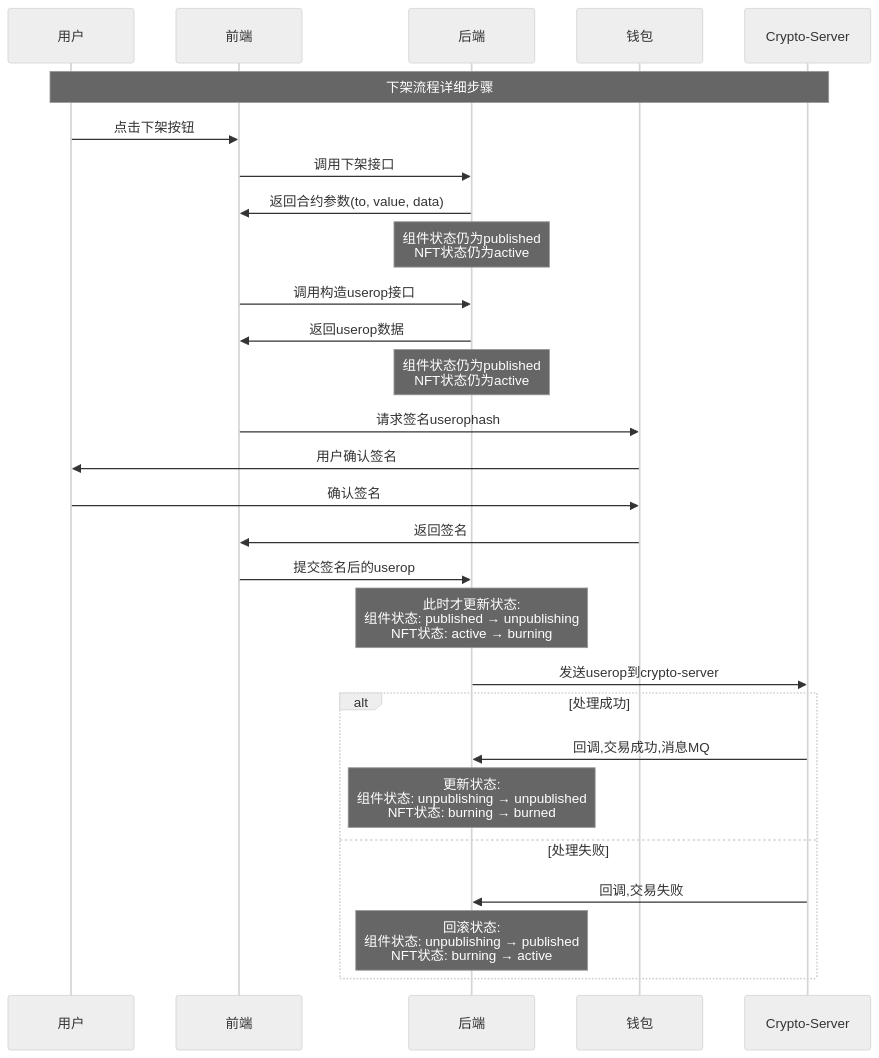
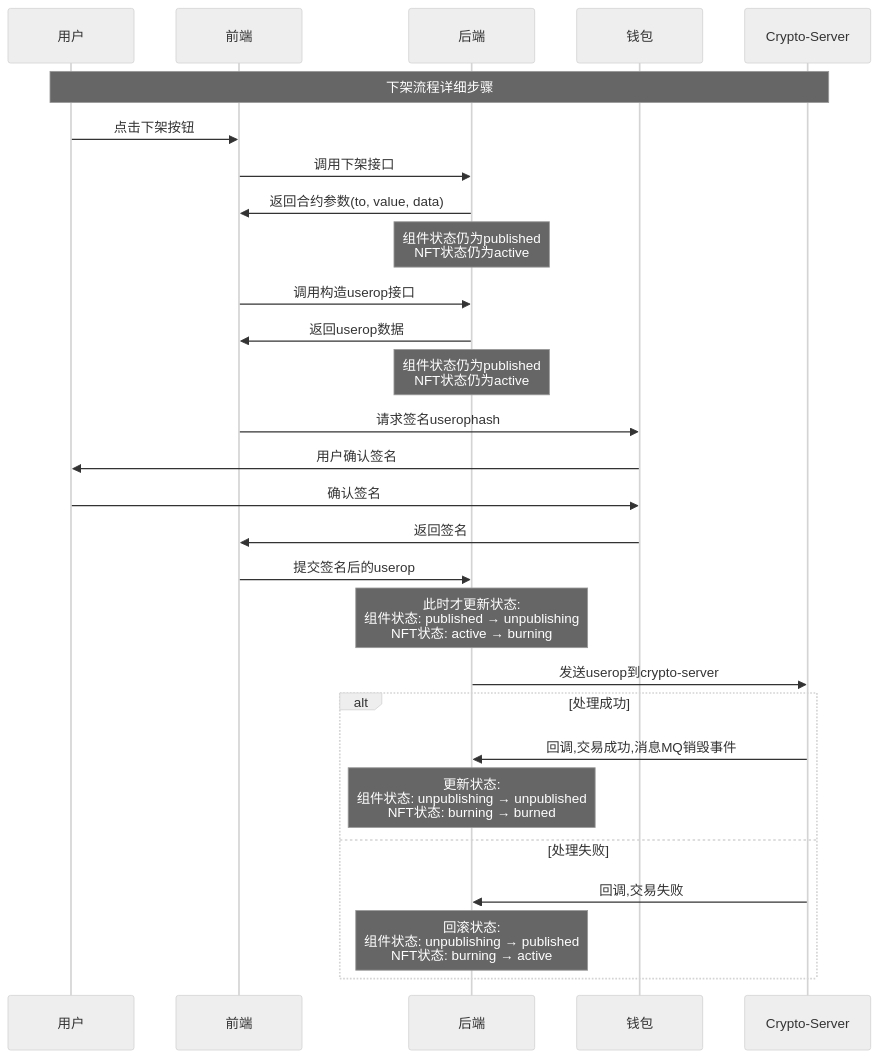
The diagram in all/未命名-76.md (yingjianzh/iodraw-files), drawn with Mermaid (neutral theme) before and after one commit.

Commit message:
2025-07-08 11:25:41 update

````diff
--- a/all/未命名-76.md
+++ b/all/未命名-76.md
@@ -1,36 +1,36 @@
 ```mermaid
 sequenceDiagram
     participant User as 用户
     participant Frontend as 前端
     participant Backend as 后端
     participant Wallet as 钱包
     participant CryptoServer as Crypto-Server
     
     Note over User,CryptoServer: 下架流程详细步骤
     
     User->>Frontend: 点击下架按钮
     Frontend->>Backend: 调用下架接口
     Backend->>Frontend: 返回合约参数(to, value, data)
     Note over Backend: 组件状态仍为published<br/>NFT状态仍为active
     
     Frontend->>Backend: 调用构造userop接口
     Backend->>Frontend: 返回userop数据
     Note over Backend: 组件状态仍为published<br/>NFT状态仍为active
     
     Frontend->>Wallet: 请求签名userophash
     Wallet->>User: 用户确认签名
     User->>Wallet: 确认签名
     Wallet->>Frontend: 返回签名
     
     Frontend->>Backend: 提交签名后的userop
-    Note over Backend: 此时才更新状态:<br/>组件状态: published → unpublishing<br/>NFT状态: active → burning
+    Note over Backend: 此时才更新状态:<br/>组件状态: published → unpublishing<br/>NFT状态: active → burning 
     Backend->>CryptoServer: 发送userop到crypto-server
     
     alt 处理成功
-        CryptoServer->>Backend: 回调,交易成功,消息MQ
+        CryptoServer->>Backend: 回调,交易成功,消息MQ销毁事件
         Note over Backend: 更新状态:<br/>组件状态: unpublishing → unpublished<br/>NFT状态: burning → burned
     else 处理失败
         CryptoServer->>Backend: 回调,交易失败
         Note over Backend: 回滚状态:<br/>组件状态: unpublishing → published<br/>NFT状态: burning → active
     end
 ```
````
